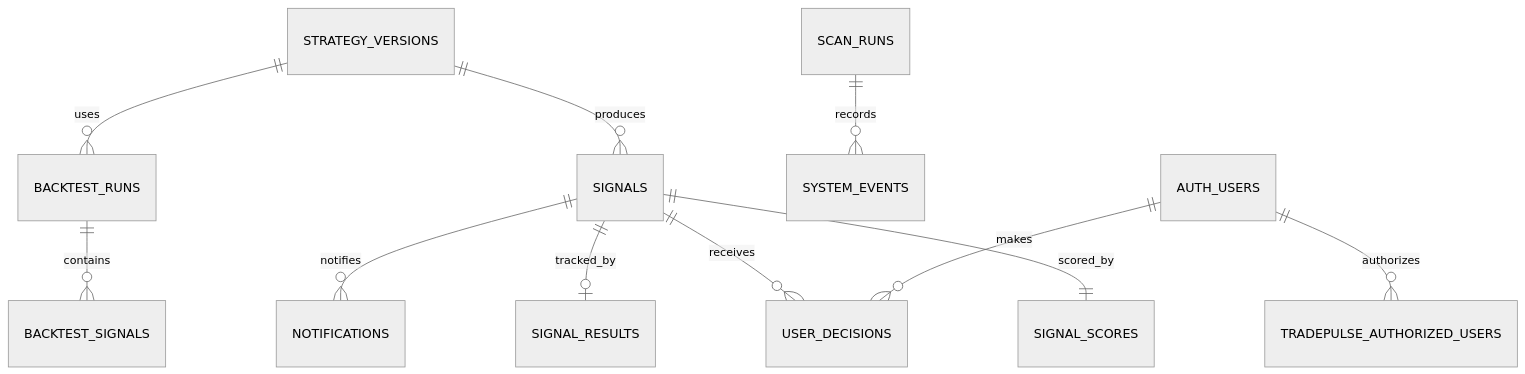
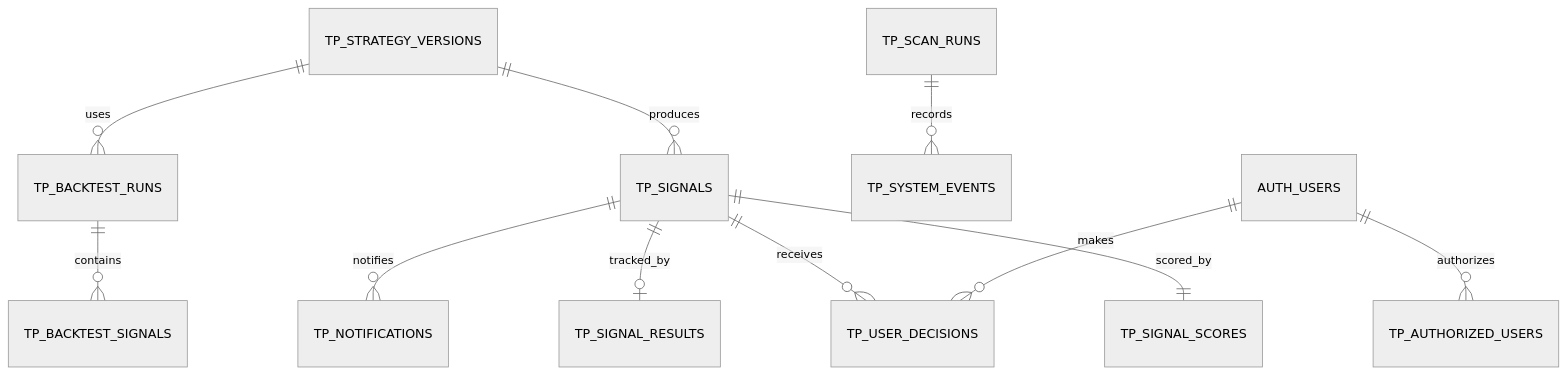
One commit to SengC-it/TradePulse changed the diagram in docs/DATABASE.md. Above: the diagram before and after it, drawn with Mermaid (neutral theme). The commit also changed other lines of this file and 9 other files, not shown here.

````diff
--- a/docs/DATABASE.md
+++ b/docs/DATABASE.md
@@ -22,13 +33,13 @@
 ```mermaid
 erDiagram
-    STRATEGY_VERSIONS ||--o{ SIGNALS : produces
-    STRATEGY_VERSIONS ||--o{ BACKTEST_RUNS : uses
-    SIGNALS ||--|| SIGNAL_SCORES : scored_by
-    SIGNALS ||--o| SIGNAL_RESULTS : tracked_by
-    SIGNALS ||--o{ USER_DECISIONS : receives
-    SIGNALS ||--o{ NOTIFICATIONS : notifies
-    SCAN_RUNS ||--o{ SYSTEM_EVENTS : records
-    BACKTEST_RUNS ||--o{ BACKTEST_SIGNALS : contains
-    AUTH_USERS ||--o{ USER_DECISIONS : makes
-    AUTH_USERS ||--o{ TRADEPULSE_AUTHORIZED_USERS : authorizes
+    TP_STRATEGY_VERSIONS ||--o{ TP_SIGNALS : produces
+    TP_STRATEGY_VERSIONS ||--o{ TP_BACKTEST_RUNS : uses
+    TP_SIGNALS ||--|| TP_SIGNAL_SCORES : scored_by
+    TP_SIGNALS ||--o| TP_SIGNAL_RESULTS : tracked_by
+    TP_SIGNALS ||--o{ TP_USER_DECISIONS : receives
+    TP_SIGNALS ||--o{ TP_NOTIFICATIONS : notifies
+    TP_SCAN_RUNS ||--o{ TP_SYSTEM_EVENTS : records
+    TP_BACKTEST_RUNS ||--o{ TP_BACKTEST_SIGNALS : contains
+    AUTH_USERS ||--o{ TP_USER_DECISIONS : makes
+    AUTH_USERS ||--o{ TP_AUTHORIZED_USERS : authorizes
 ```
````
